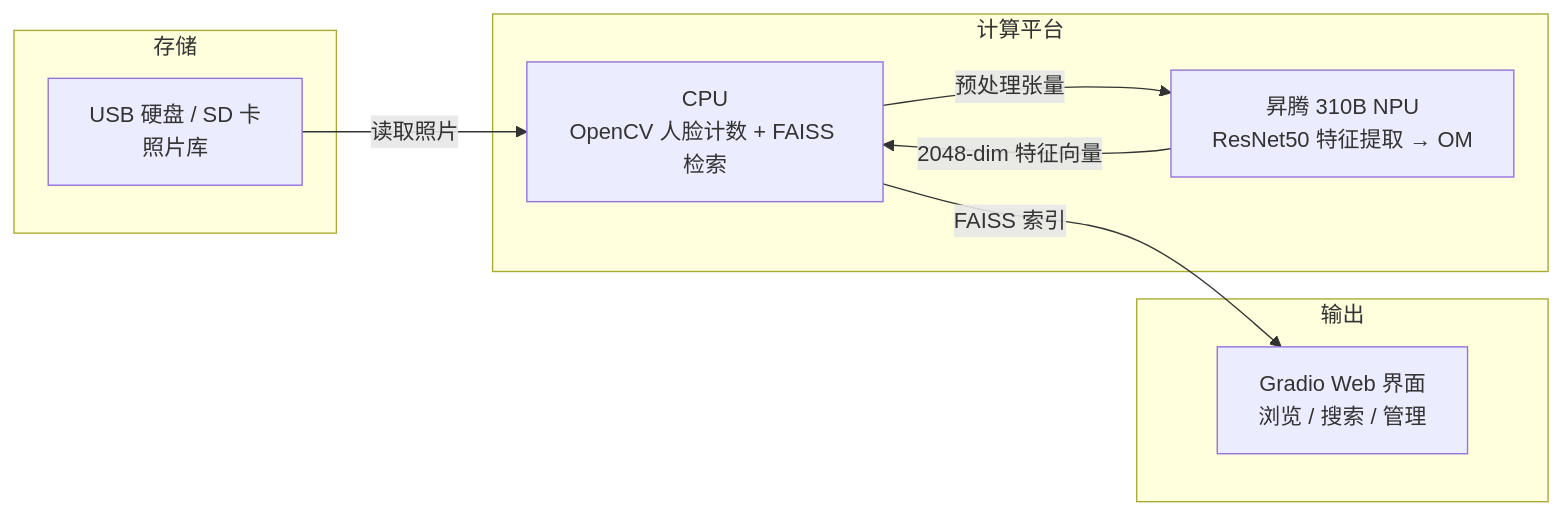
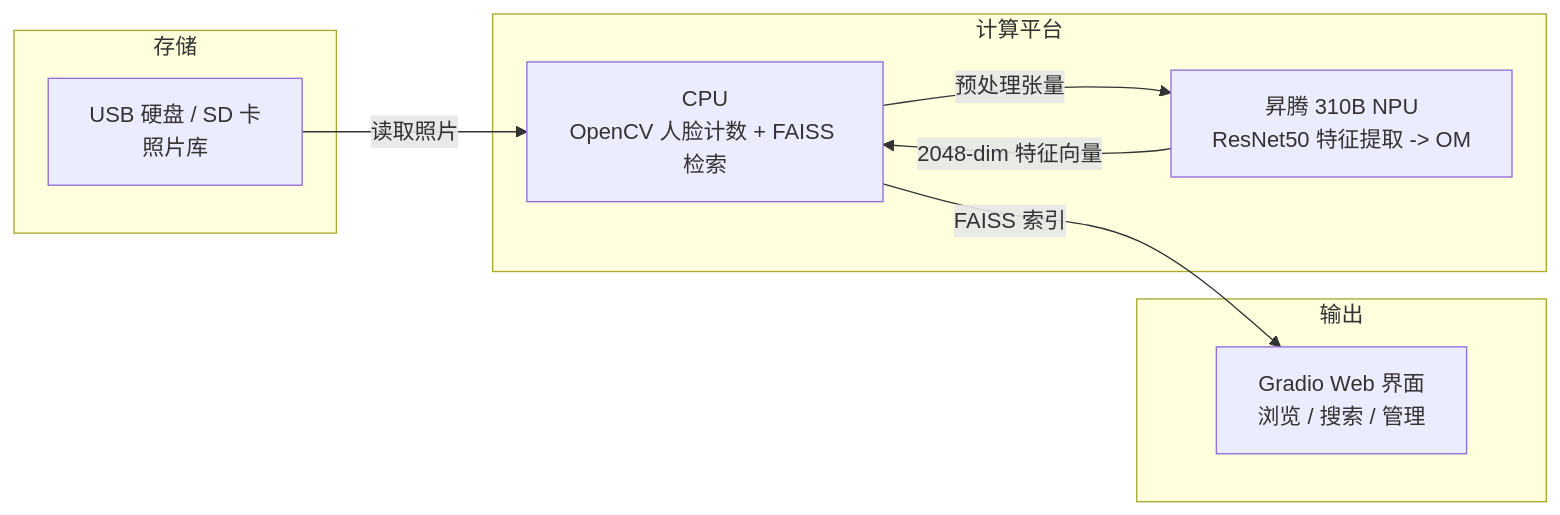
The first of 6 diagrams in src/experiment/case7.md (zhouxzh/Ascend310), drawn with Mermaid before and after one commit. The commit also changed other lines of this file and 51 other files, not shown here.

````diff
--- a/src/experiment/case7.md
+++ b/src/experiment/case7.md
@@ -42,20 +42,20 @@
 ```mermaid
 flowchart LR
     subgraph STORAGE["存储"]
         DISK["USB 硬盘 / SD 卡\n照片库"]
     end
 
     subgraph COMPUTE["计算平台"]
-        NPU["昇腾 310B NPU\nResNet50 特征提取 → OM"]
+        NPU["昇腾 310B NPU\nResNet50 特征提取 -> OM"]
         CPU["CPU\nOpenCV 人脸计数 + FAISS 检索"]
     end
 
     subgraph OUTPUT["输出"]
         UI["Gradio Web 界面\n浏览 / 搜索 / 管理"]
     end
 
     DISK -->|"读取照片"| CPU
     CPU -->|"预处理张量"| NPU
     NPU -->|"2048-dim 特征向量"| CPU
     CPU -->|"FAISS 索引"| UI
 ```
````
